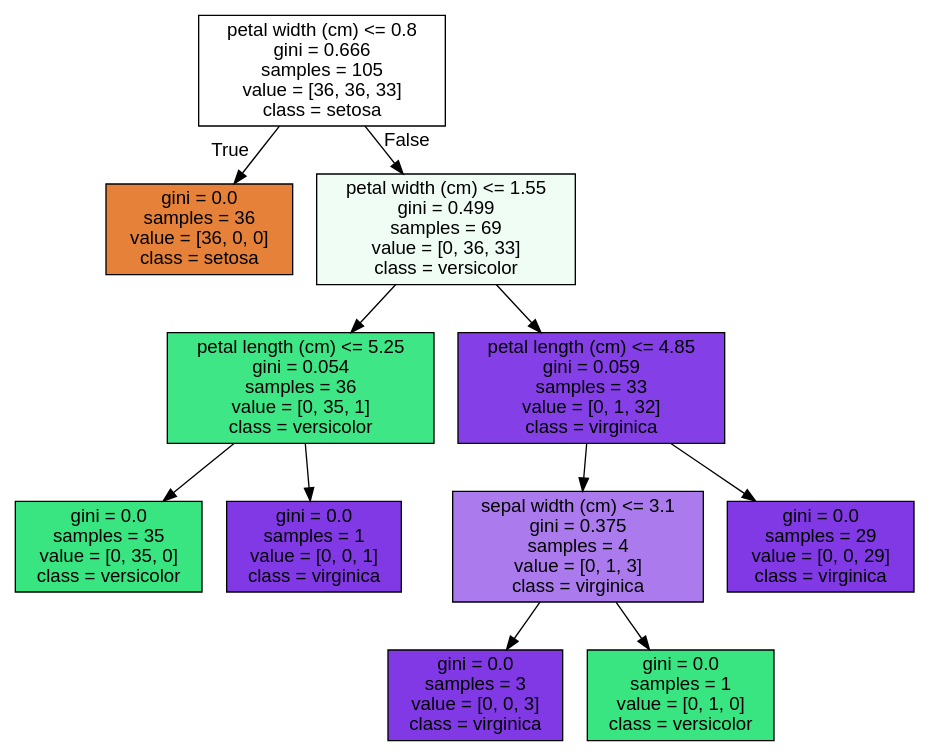
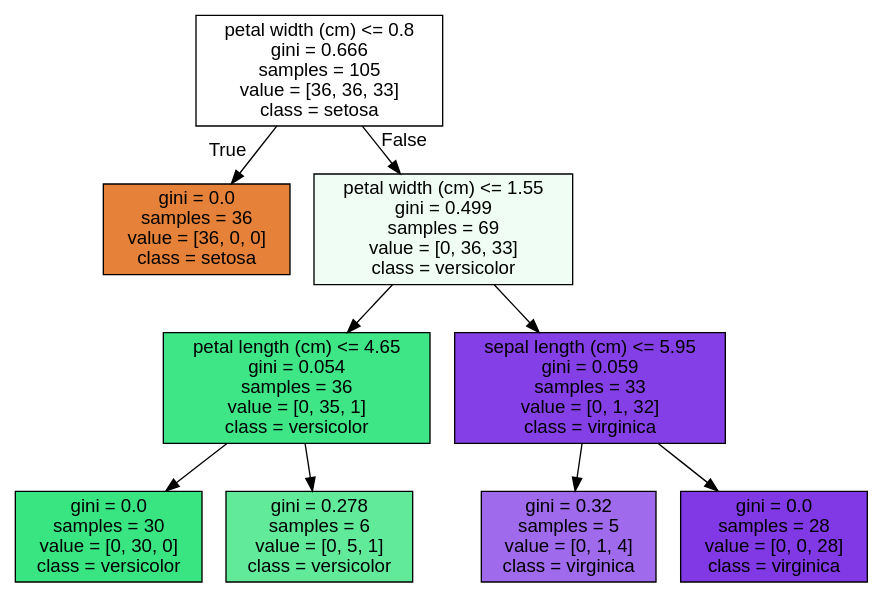
Before and after one commit to jjh0987/big_data_prac: the diagram in big_data/lecture/week7/tree.dot, drawn with Graphviz. The commit also changed 44 other files, not shown here.

```diff
--- a/big_data/lecture/week7/tree.dot
+++ b/big_data/lecture/week7/tree.dot
@@ -1,25 +1,21 @@
 digraph Tree {
 node [shape=box, style="filled", color="black", fontname="helvetica"] ;
 edge [fontname="helvetica"] ;
 0 [label="petal width (cm) <= 0.8\ngini = 0.666\nsamples = 105\nvalue = [36, 36, 33]\nclass = setosa", fillcolor="#ffffff"] ;
 1 [label="gini = 0.0\nsamples = 36\nvalue = [36, 0, 0]\nclass = setosa", fillcolor="#e58139"] ;
 0 -> 1 [labeldistance=2.5, labelangle=45, headlabel="True"] ;
 2 [label="petal width (cm) <= 1.55\ngini = 0.499\nsamples = 69\nvalue = [0, 36, 33]\nclass = versicolor", fillcolor="#effdf5"] ;
 0 -> 2 [labeldistance=2.5, labelangle=-45, headlabel="False"] ;
-3 [label="petal length (cm) <= 5.25\ngini = 0.054\nsamples = 36\nvalue = [0, 35, 1]\nclass = versicolor", fillcolor="#3fe685"] ;
+3 [label="petal length (cm) <= 4.65\ngini = 0.054\nsamples = 36\nvalue = [0, 35, 1]\nclass = versicolor", fillcolor="#3fe685"] ;
 2 -> 3 ;
-4 [label="gini = 0.0\nsamples = 35\nvalue = [0, 35, 0]\nclass = versicolor", fillcolor="#39e581"] ;
+4 [label="gini = 0.0\nsamples = 30\nvalue = [0, 30, 0]\nclass = versicolor", fillcolor="#39e581"] ;
 3 -> 4 ;
-5 [label="gini = 0.0\nsamples = 1\nvalue = [0, 0, 1]\nclass = virginica", fillcolor="#8139e5"] ;
+5 [label="gini = 0.278\nsamples = 6\nvalue = [0, 5, 1]\nclass = versicolor", fillcolor="#61ea9a"] ;
 3 -> 5 ;
-6 [label="petal length (cm) <= 4.85\ngini = 0.059\nsamples = 33\nvalue = [0, 1, 32]\nclass = virginica", fillcolor="#853fe6"] ;
+6 [label="sepal length (cm) <= 5.95\ngini = 0.059\nsamples = 33\nvalue = [0, 1, 32]\nclass = virginica", fillcolor="#853fe6"] ;
 2 -> 6 ;
-7 [label="sepal width (cm) <= 3.1\ngini = 0.375\nsamples = 4\nvalue = [0, 1, 3]\nclass = virginica", fillcolor="#ab7bee"] ;
+7 [label="gini = 0.32\nsamples = 5\nvalue = [0, 1, 4]\nclass = virginica", fillcolor="#a06aec"] ;
 6 -> 7 ;
-8 [label="gini = 0.0\nsamples = 3\nvalue = [0, 0, 3]\nclass = virginica", fillcolor="#8139e5"] ;
-7 -> 8 ;
-9 [label="gini = 0.0\nsamples = 1\nvalue = [0, 1, 0]\nclass = versicolor", fillcolor="#39e581"] ;
-7 -> 9 ;
-10 [label="gini = 0.0\nsamples = 29\nvalue = [0, 0, 29]\nclass = virginica", fillcolor="#8139e5"] ;
-6 -> 10 ;
+8 [label="gini = 0.0\nsamples = 28\nvalue = [0, 0, 28]\nclass = virginica", fillcolor="#8139e5"] ;
+6 -> 8 ;
 }
```
